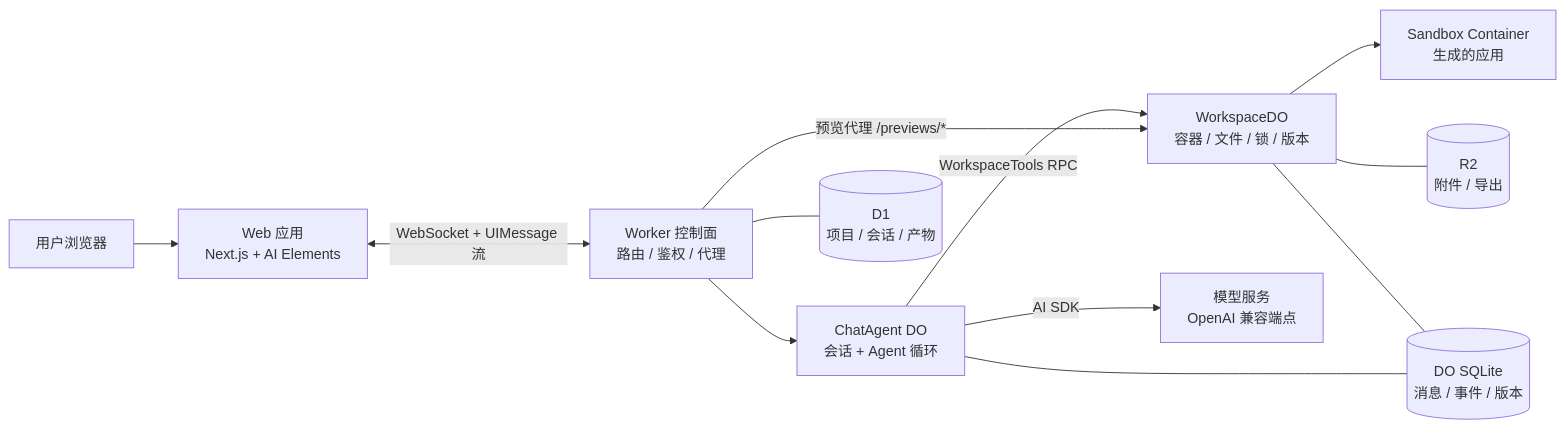
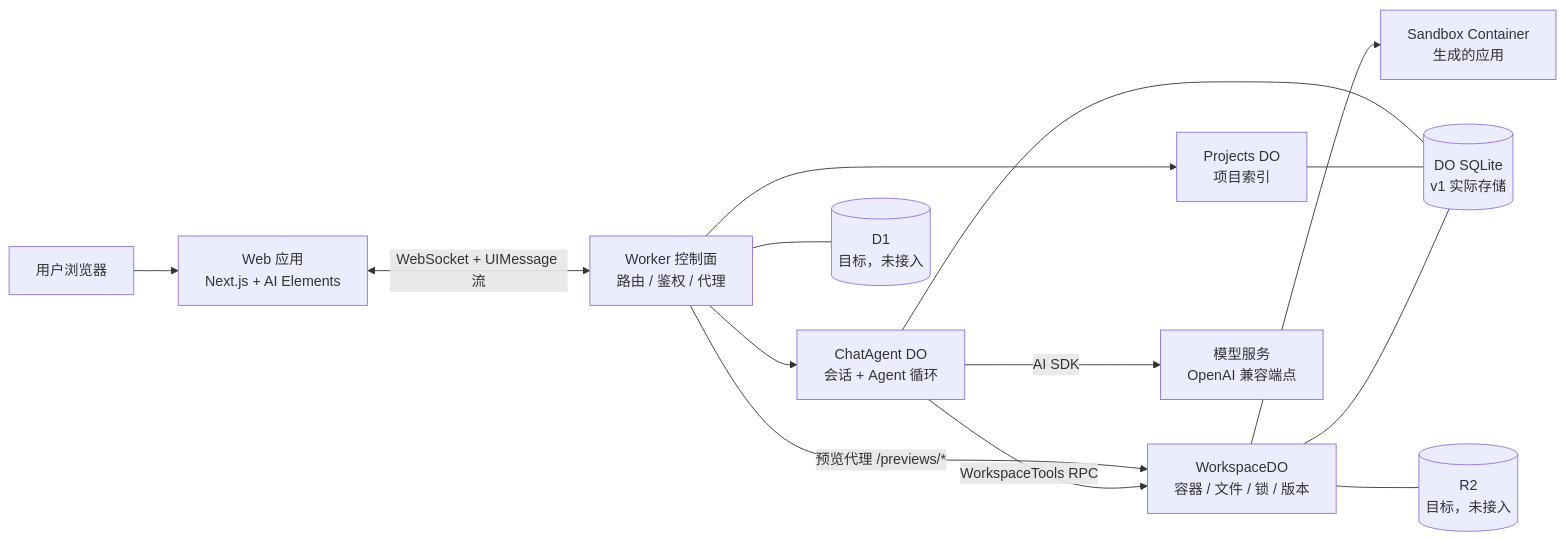
Before and after one commit to fengyj/atoms-lite: the first of 6 diagrams in docs/architecture/system-architecture.md, drawn with Mermaid. The commit also changed other lines of this file and 13 other files, not shown here.

Commit message:
docs: reconcile design and architecture with v1 implementation

````diff
--- a/docs/architecture/system-architecture.md
+++ b/docs/architecture/system-architecture.md
@@ -27,26 +29,29 @@
 ```mermaid
 flowchart LR
   user["用户浏览器"]
   web["Web 应用<br/>Next.js + AI Elements"]
   api["Worker 控制面<br/>路由 / 鉴权 / 代理"]
   chat["ChatAgent DO<br/>会话 + Agent 循环"]
+  projects["Projects DO<br/>项目索引"]
   ws["WorkspaceDO<br/>容器 / 文件 / 锁 / 版本"]
   sandbox["Sandbox Container<br/>生成的应用"]
   model["模型服务<br/>OpenAI 兼容端点"]
 
-  d1[("D1<br/>项目 / 会话 / 产物")]
-  r2[("R2<br/>附件 / 导出")]
-  dosql[("DO SQLite<br/>消息 / 事件 / 版本")]
+  d1[("D1<br/>目标，未接入")]
+  r2[("R2<br/>目标，未接入")]
+  dosql[("DO SQLite<br/>v1 实际存储")]
 
   user --> web
   web <-->|"WebSocket + UIMessage 流"| api
   api --> chat
+  api --> projects
   api -->|"预览代理 /previews/*"| ws
   chat -->|"AI SDK"| model
   chat -->|"WorkspaceTools RPC"| ws
   ws --> sandbox
   chat --- dosql
+  projects --- dosql
   ws --- dosql
   api --- d1
   ws --- r2
 ```
````
